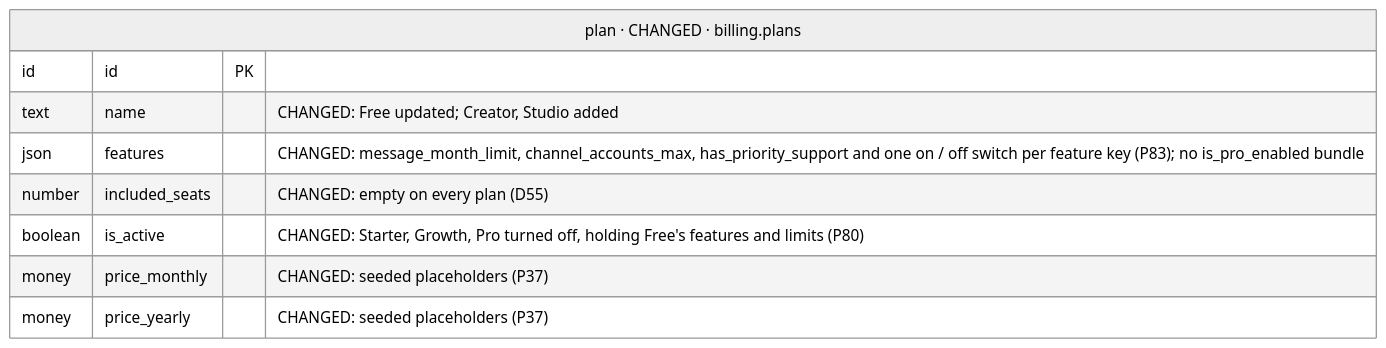
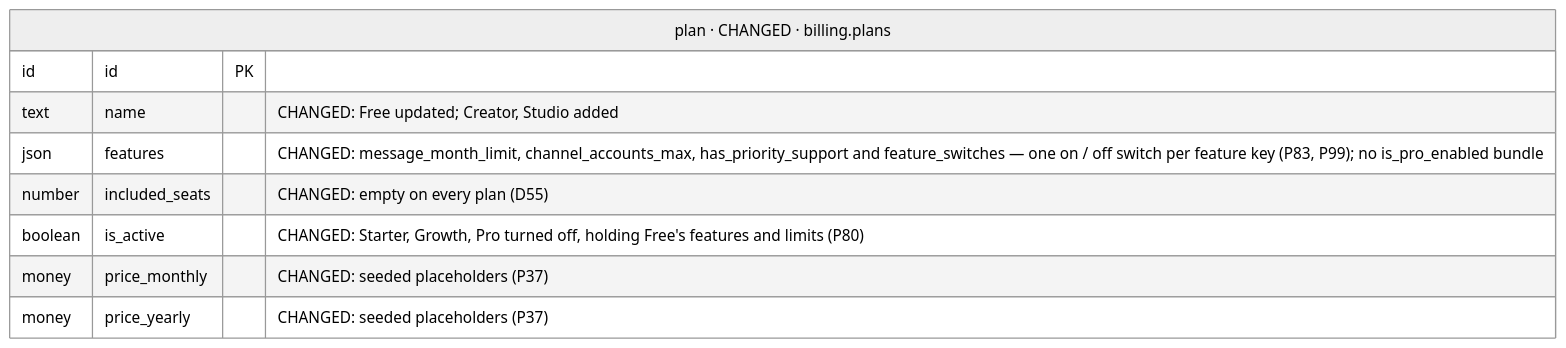
Before and after one commit to albetrios/meepzo-be: diagram 31 of 39 in iterations/feat-instagram-dm-sending-2026-11-23-oxak/plans/db-changes.md, drawn with Mermaid (neutral theme). The commit also changed other lines of this file and 3 other files, not shown here.

````diff
--- a/iterations/feat-instagram-dm-sending-2026-11-23-oxak/plans/db-changes.md
+++ b/iterations/feat-instagram-dm-sending-2026-11-23-oxak/plans/db-changes.md
@@ -1606,12 +1696,12 @@
 ```mermaid
 erDiagram
   plan["plan · CHANGED · billing.plans"] {
     id id PK
     text name "CHANGED: Free updated; Creator, Studio added"
-    json features "CHANGED: message_month_limit, channel_accounts_max, has_priority_support and one on / off switch per feature key (P83); no is_pro_enabled bundle"
+    json features "CHANGED: message_month_limit, channel_accounts_max, has_priority_support and feature_switches — one on / off switch per feature key (P83, P99); no is_pro_enabled bundle"
     number included_seats "CHANGED: empty on every plan (D55)"
     boolean is_active "CHANGED: Starter, Growth, Pro turned off, holding Free's features and limits (P80)"
     money price_monthly "CHANGED: seeded placeholders (P37)"
     money price_yearly "CHANGED: seeded placeholders (P37)"
   }
 ```
````
